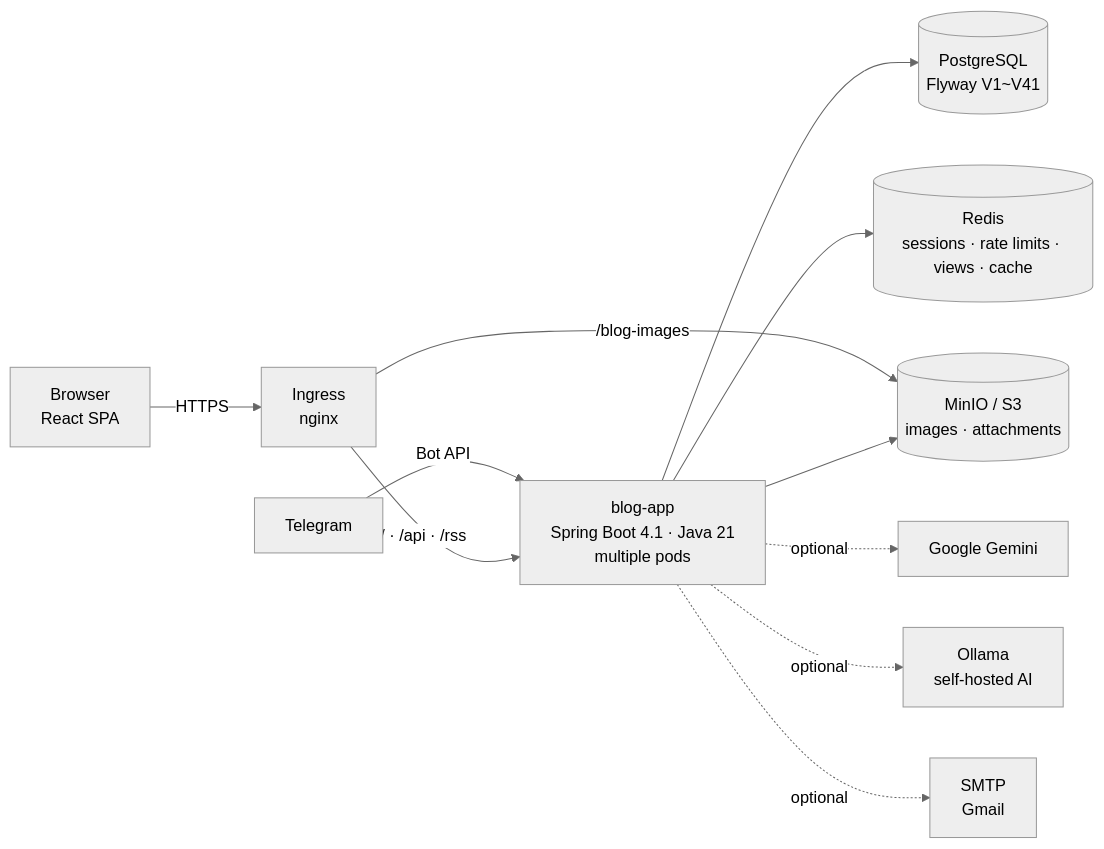
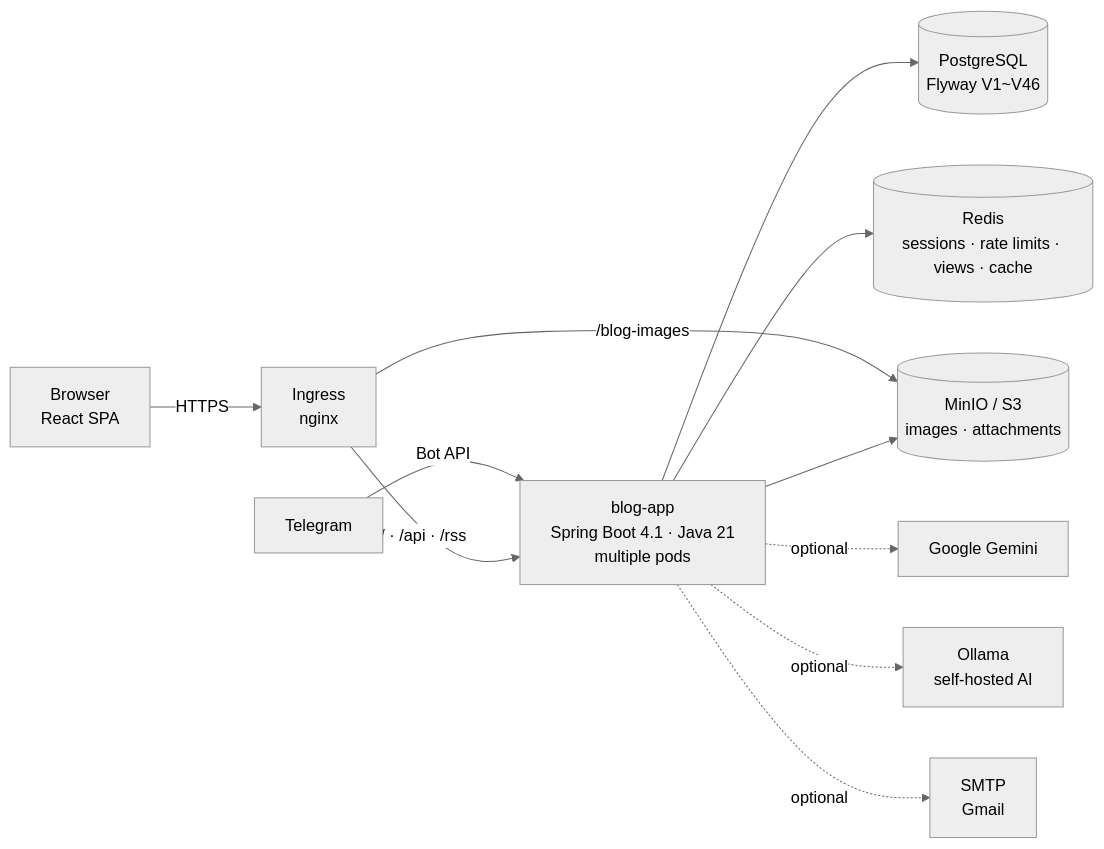
One commit to AIGJ-01-002-blog/devlog changed the first of 3 diagrams in README.en.md. Above: the diagram before and after it, drawn with Mermaid (neutral theme). The commit also changed other lines of this file and 25 other files, not shown here.

````diff
--- a/README.en.md
+++ b/README.en.md
@@ -151,13 +151,13 @@
 ```mermaid
 flowchart LR
     B[Browser<br/>React SPA] -->|HTTPS| I[Ingress<br/>nginx]
     T[Telegram] -->|Bot API| A
     I -->|/ · /api · /rss| A[blog-app<br/>Spring Boot 4.1 · Java 21<br/>multiple pods]
     I -->|/blog-images| M[(MinIO / S3<br/>images · attachments)]
-    A --> P[(PostgreSQL<br/>Flyway V1~V41)]
+    A --> P[(PostgreSQL<br/>Flyway V1~V46)]
     A --> R[(Redis<br/>sessions · rate limits · views · cache)]
     A --> M
     A -.optional.-> G[Google Gemini]
     A -.optional.-> O[Ollama<br/>self-hosted AI]
     A -.optional.-> S[SMTP<br/>Gmail]
 ```
````
